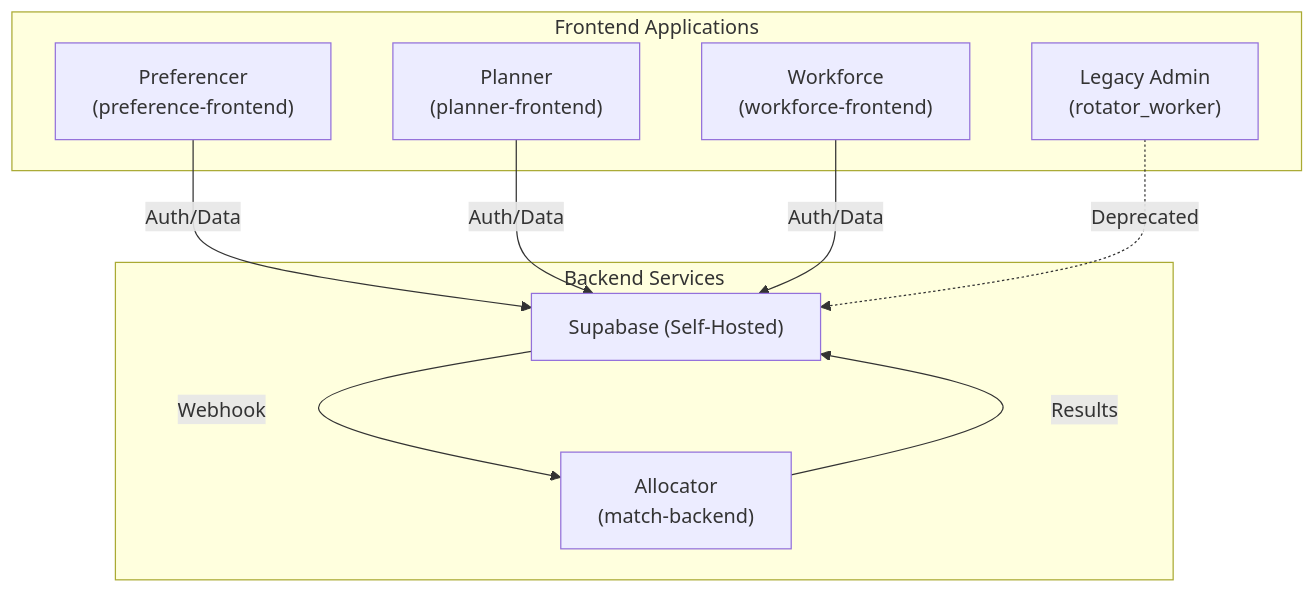
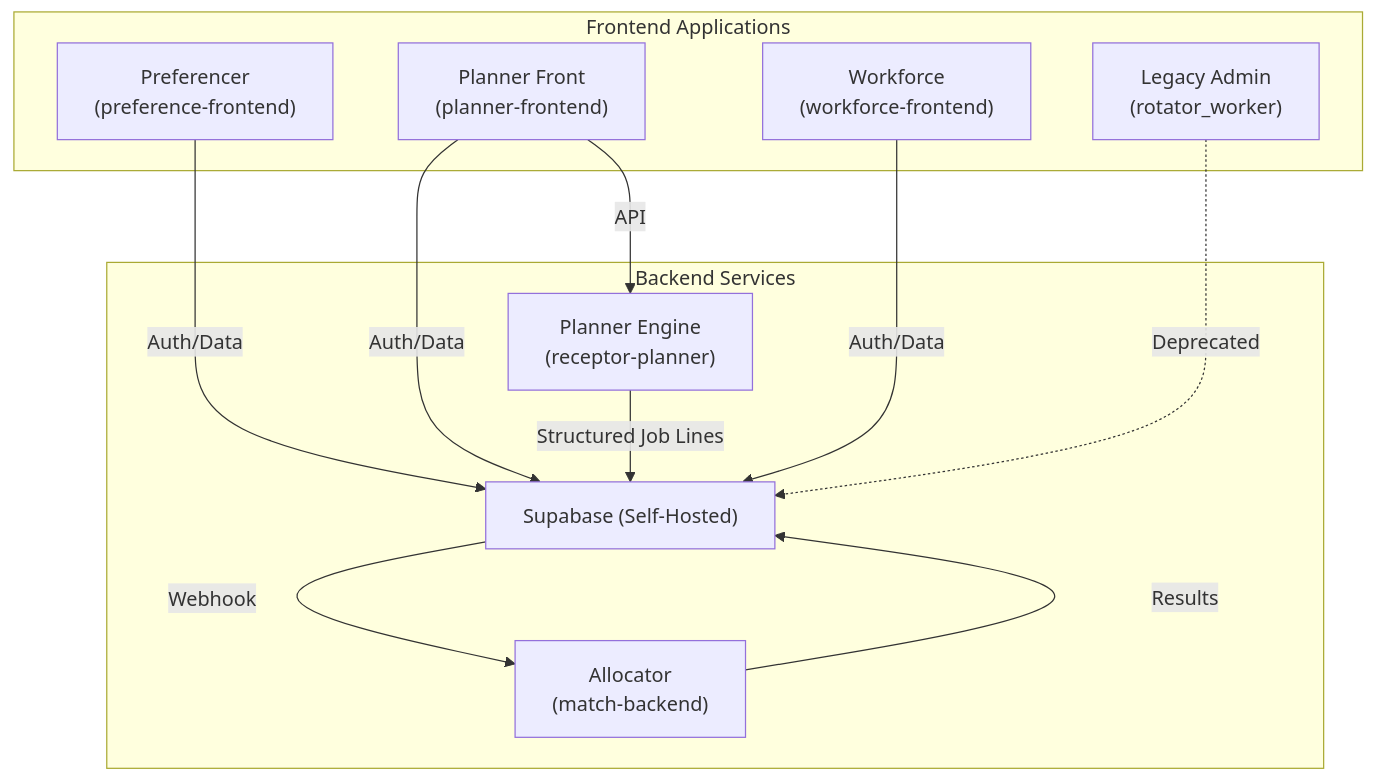
One commit to dm-ra-01/doco-receptor-ecosystem changed the first of 2 diagrams in docs/platform/architecture.md. Above: the diagram before and after it, drawn with Mermaid. The commit also changed other lines of this file and 31 other files, not shown here.

Commit message:
docs: enforce Australian English spelling and update architecture

````diff
--- a/docs/platform/architecture.md
+++ b/docs/platform/architecture.md
@@ -11,22 +11,25 @@
 ```mermaid
 graph TD
     subgraph Frontend ["Frontend Applications"]
         PREF["Preferencer<br/>(preference-frontend)"]
-        PLAN["Planner<br/>(planner-frontend)"]
+        PLAN["Planner Front<br/>(planner-frontend)"]
         WORK["Workforce<br/>(workforce-frontend)"]
         LEGACY["Legacy Admin<br/>(rotator_worker)"]
     end
     
     subgraph Backend ["Backend Services"]
         SB["Supabase (Self-Hosted)"]
+        PLAN_ENG["Planner Engine<br/>(receptor-planner)"]
         ALLOC["Allocator<br/>(match-backend)"]
     end
     
     PREF -->|Auth/Data| SB
     PLAN -->|Auth/Data| SB
     WORK -->|Auth/Data| SB
     LEGACY -.->|Deprecated| SB
     
+    PLAN -->|API| PLAN_ENG
+    PLAN_ENG -->|Structured Job Lines| SB
     SB -->|Webhook| ALLOC
     ALLOC -->|Results| SB
 ```
````
